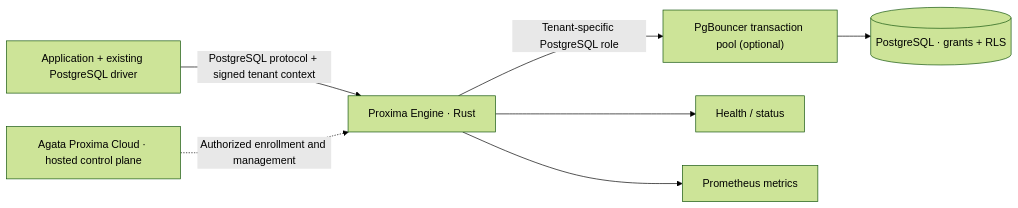
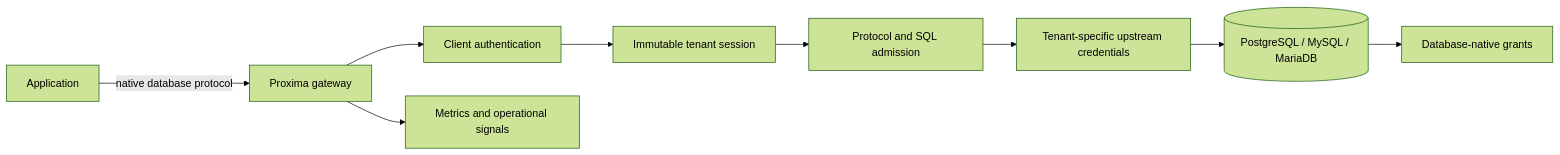
One commit to Proxima-Engine/proxima-engine changed the first of 2 diagrams in README.md. Above: the diagram before and after it, drawn with Mermaid (forest theme). The commit also changed other lines of this file and 2 other files, not shown here.

Commit message:
Expand database gateway README and MySQL MariaDB guide

````diff
--- a/README.md
+++ b/README.md
@@ -77,9 +31,11 @@
-```mermaid
+~~~mermaid
 flowchart LR
-  App["Application + existing PostgreSQL driver"] -->|"PostgreSQL protocol + signed tenant context"| Engine["Proxima Engine · Rust"]
-  Engine -->|"Tenant-specific PostgreSQL role"| Pool["PgBouncer transaction pool (optional)"]
-  Pool --> PG[("PostgreSQL · grants + RLS")]
-  Engine --> Health["Health / status"]
-  Engine --> Metrics["Prometheus metrics"]
-  Cloud["Agata Proxima Cloud · hosted control plane"] -.->|"Authorized enrollment and management"| Engine
-```
+  A["Application"] -->|"native database protocol"| G["Proxima gateway"]
+  G --> I["Client authentication"]
+  I --> T["Immutable tenant session"]
+  T --> P["Protocol and SQL admission"]
+  P --> U["Tenant-specific upstream credentials"]
+  U --> D[("PostgreSQL / MySQL / MariaDB")]
+  D --> R["Database-native grants"]
+  G --> M["Metrics and operational signals"]
+~~~
````
